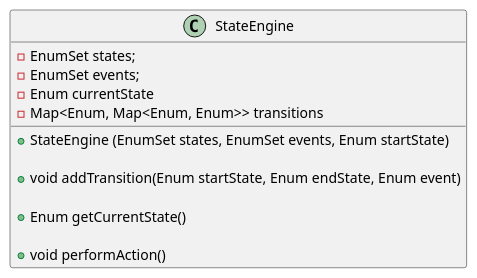
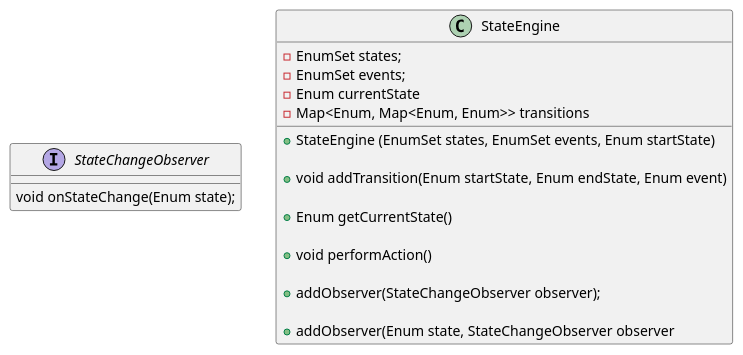
The diagram in class_diagram.pu (mdgriffin/Design-Patterns), drawn with PlantUML before and after one commit.

Commit message:
Updated plantuml to include observer pattern

```diff
--- a/class_diagram.pu
+++ b/class_diagram.pu
@@ -1,16 +1,24 @@
 @startuml
+Interface StateChangeObserver {
+    void onStateChange(Enum state);
+}
+
 Class StateEngine {
     -EnumSet states;
     -EnumSet events;
     -Enum currentState
     -Map<Enum, Map<Enum, Enum>> transitions
 
     +StateEngine (EnumSet states, EnumSet events, Enum startState)
 
     +void addTransition(Enum startState, Enum endState, Enum event)
 
     +Enum getCurrentState()
 
     +void performAction()
+
+    +addObserver(StateChangeObserver observer);
+
+    +addObserver(Enum state, StateChangeObserver observer
 }
 @enduml
```
